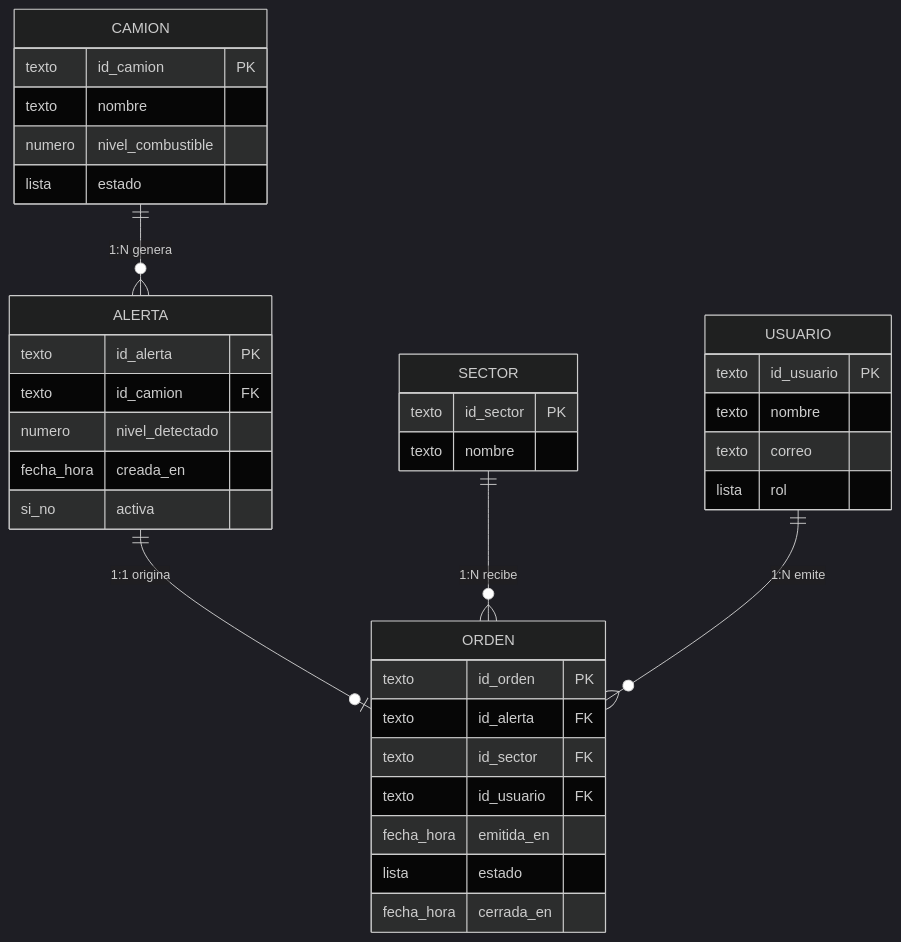
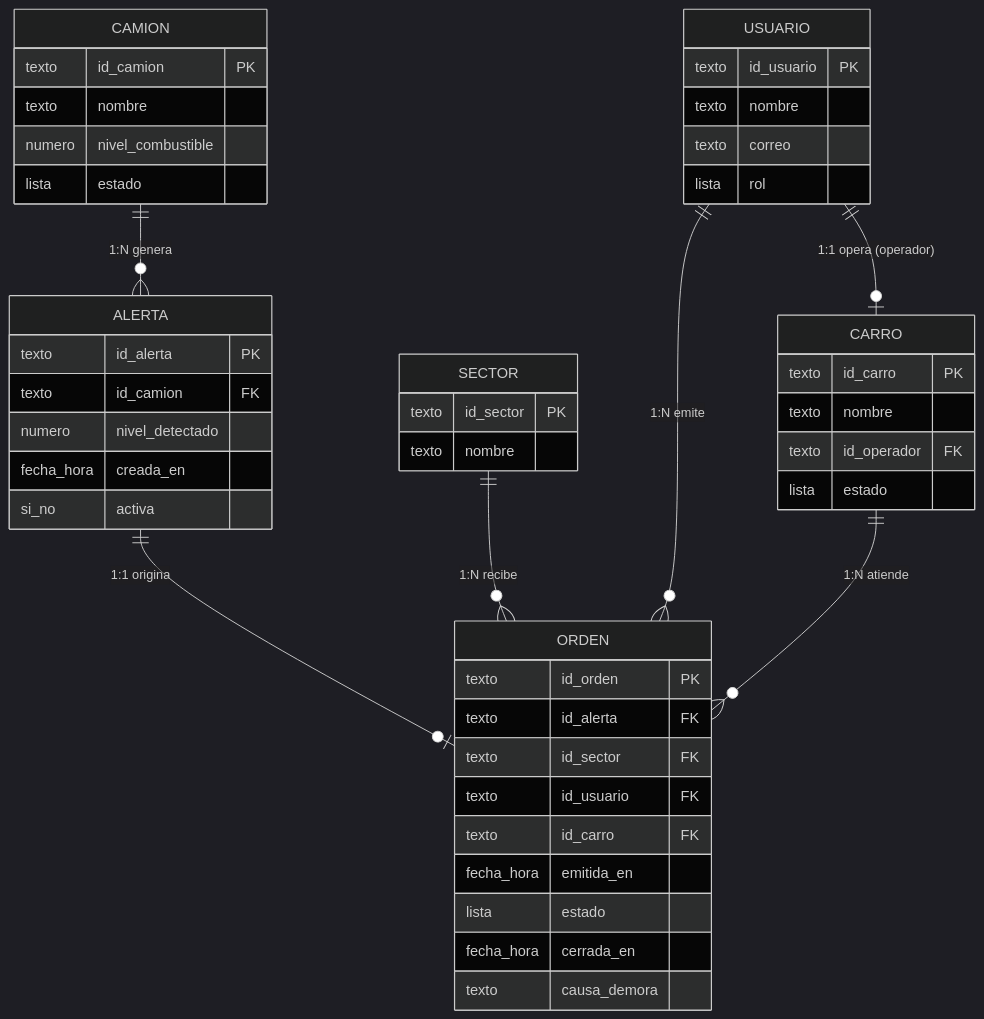
The diagram in docs/datos/estructura_datos.md (Panabless/GRUPO-3-ELECTIVO-IA), drawn with Mermaid (dark theme) before and after one commit. The commit also changed other lines of this file and 3 other files, not shown here.

````diff
--- a/docs/datos/estructura_datos.md
+++ b/docs/datos/estructura_datos.md
@@ -5,40 +5,50 @@
 ```mermaid
 erDiagram
     CAMION ||--o{ ALERTA : "1:N genera"
     ALERTA ||--o| ORDEN : "1:1 origina"
     SECTOR ||--o{ ORDEN : "1:N recibe"
     USUARIO ||--o{ ORDEN : "1:N emite"
+    CARRO ||--o{ ORDEN : "1:N atiende"
+    USUARIO ||--o| CARRO : "1:1 opera (operador)"
 
     CAMION {
         texto id_camion PK
         texto nombre
         numero nivel_combustible
         lista estado
     }
     SECTOR {
         texto id_sector PK
         texto nombre
     }
     USUARIO {
         texto id_usuario PK
         texto nombre
         texto correo
         lista rol
     }
+    CARRO {
+        texto id_carro PK
+        texto nombre
+        texto id_operador FK
+        lista estado
+    }
     ALERTA {
         texto id_alerta PK
         texto id_camion FK
         numero nivel_detectado
         fecha_hora creada_en
         si_no activa
     }
     ORDEN {
         texto id_orden PK
         texto id_alerta FK
         texto id_sector FK
         texto id_usuario FK
+        texto id_carro FK
         fecha_hora emitida_en
         lista estado
         fecha_hora cerrada_en
+        texto causa_demora
     }
 ```
````
